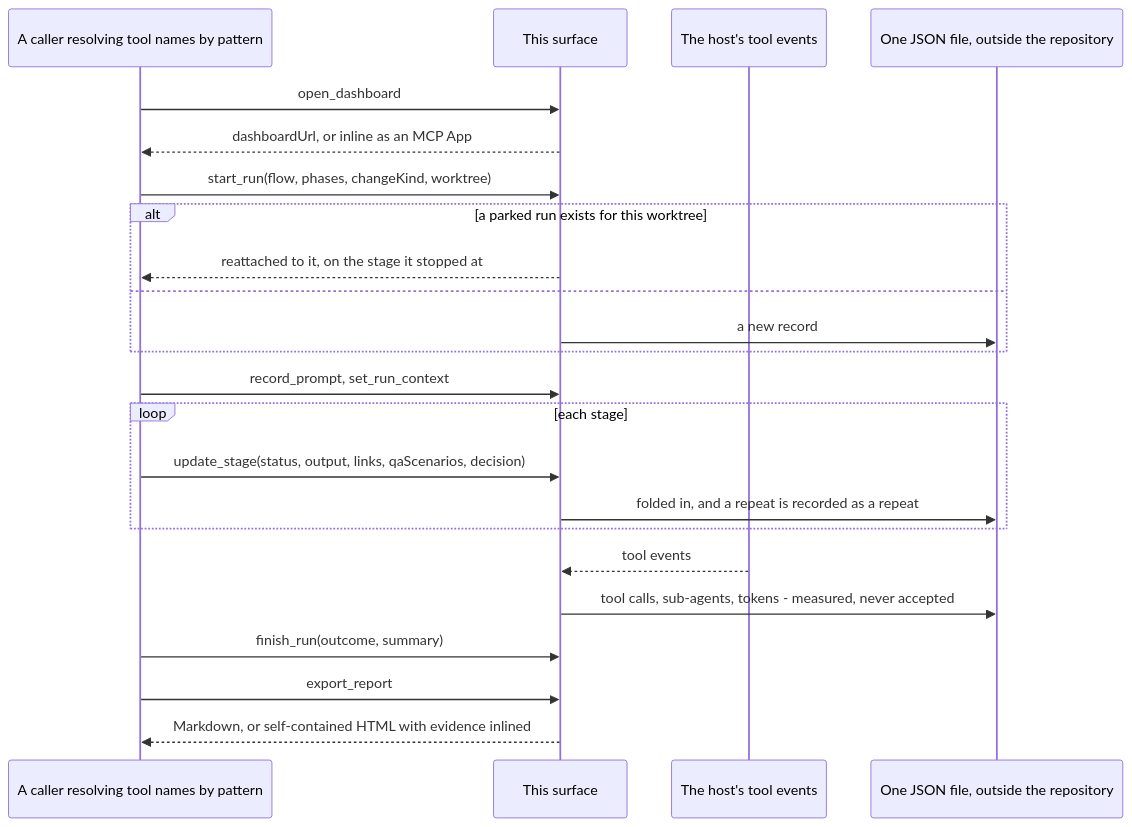
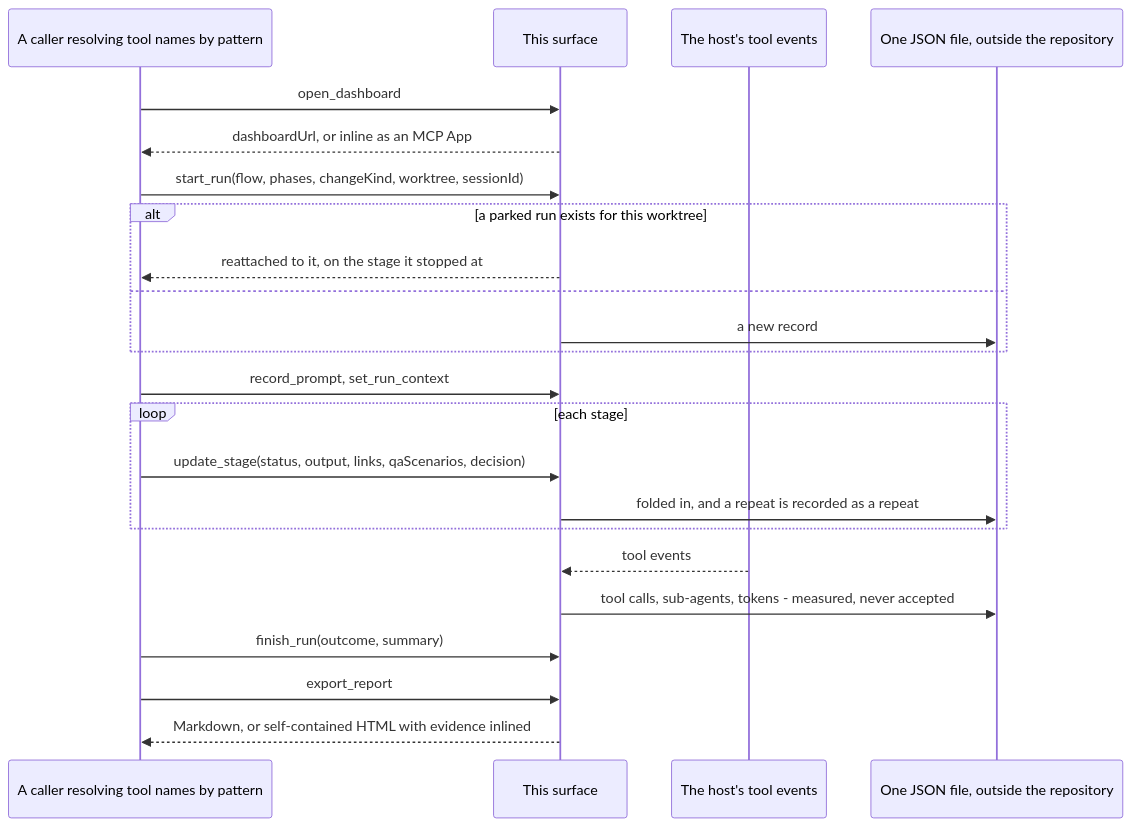
One commit to JSdotNet/devbook changed the second of 3 diagrams in .devbook/arc42/building-blocks/delivery-surface-dashboard.md. Above: the diagram before and after it, drawn with Mermaid. The commit also changed other lines of this file and 5 other files, not shown here.

First line of the commit message:
Surfaces: record start_run's sessionId as sessionIds

````diff
--- a/.devbook/arc42/building-blocks/delivery-surface-dashboard.md
+++ b/.devbook/arc42/building-blocks/delivery-surface-dashboard.md
@@ -365,26 +366,26 @@
 ```mermaid
 sequenceDiagram
     participant C as A caller resolving tool names by pattern
     participant S as This surface
     participant H as The host's tool events
     participant F as One JSON file, outside the repository
 
     C->>S: open_dashboard
     S-->>C: dashboardUrl, or inline as an MCP App
-    C->>S: start_run(flow, phases, changeKind, worktree)
+    C->>S: start_run(flow, phases, changeKind, worktree, sessionId)
     alt a parked run exists for this worktree
         S-->>C: reattached to it, on the stage it stopped at
     else
         S->>F: a new record
     end
     C->>S: record_prompt, set_run_context
     loop each stage
         C->>S: update_stage(status, output, links, qaScenarios, decision)
         S->>F: folded in, and a repeat is recorded as a repeat
     end
     H-->>S: tool events
     S->>F: tool calls, sub-agents, tokens - measured, never accepted
     C->>S: finish_run(outcome, summary)
     C->>S: export_report
     S-->>C: Markdown, or self-contained HTML with evidence inlined
 ```
````
